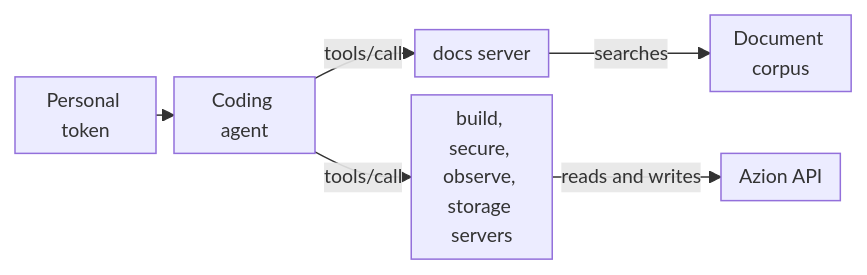
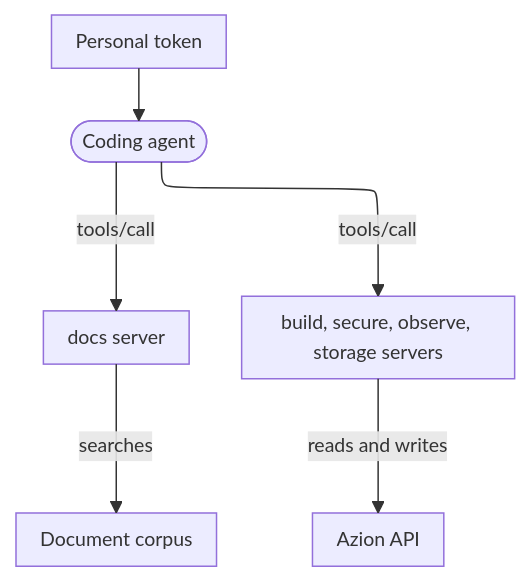
The diagram in apps/docs/src/content/docs/en/pages/devtools/mcp/mcp-overview.mdx (aziontech/docs), drawn with Mermaid before and after one commit. The commit also changed 179 other files, not shown here.

Commit message:
docs(diagrams): redraw every other diagram in the use-case diagram style (#2513)

````diff
--- a/apps/docs/src/content/docs/en/pages/devtools/mcp/mcp-overview.mdx
+++ b/apps/docs/src/content/docs/en/pages/devtools/mcp/mcp-overview.mdx
@@ -91,9 +91,9 @@
 ```mermaid
-%%{init: {"layout": "dagre", "themeVariables": {"fontSize": "13px"}, "flowchart": {"nodeSpacing": 12, "rankSpacing": 12, "padding": 6, "wrappingWidth": 70, "minNodeWidth": 40, "useMaxWidth": true}}}%%
-flowchart LR
-  Token["Personal token"] --> Agent["Coding agent"]
+%%{init: {"layout": "elk", "themeVariables": {"fontSize": "13px"}, "flowchart": {"nodeSpacing": 24, "rankSpacing": 36, "padding": 8, "wrappingWidth": 150, "useMaxWidth": true}, "sequence": {"width": 120, "actorMargin": 30, "useMaxWidth": true}}}%%
+flowchart TD
+  Token["Personal token"] --> Agent(["Coding agent"])
   Agent -->|"tools/call"| Docs["docs server"]
   Agent -->|"tools/call"| Domain["build, secure, observe, storage servers"]
   Docs -->|"searches"| Corpus["Document corpus"]
   Domain -->|"reads and writes"| Api["Azion API"]
 ```
````
